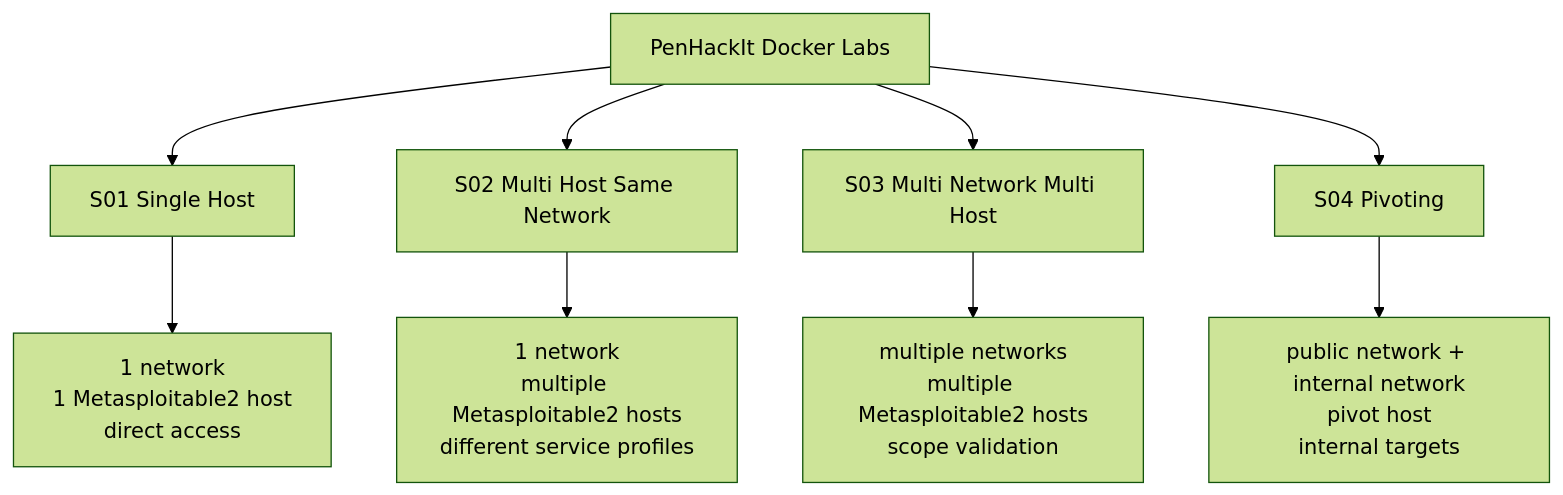
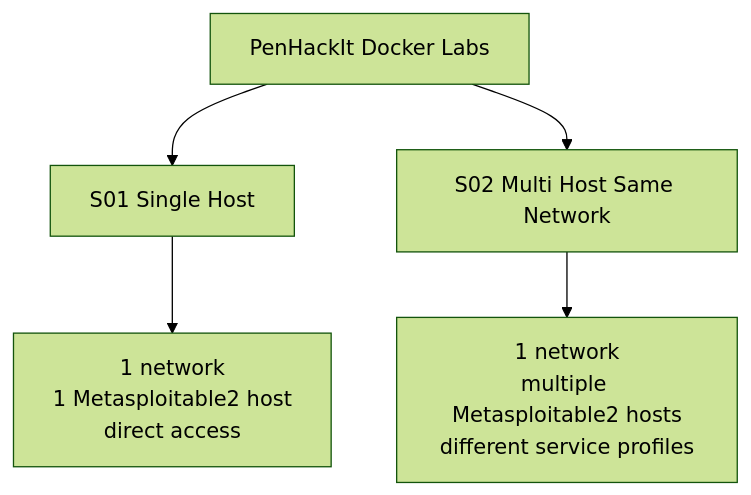
One commit to mafortess/penhackit changed the diagram in docs/diagrams/deploy_lab.mmd. Above: the diagram before and after it, drawn with Mermaid (forest theme). The commit also changed 201 other files, not shown here.

```diff
--- a/docs/diagrams/deploy_lab.mmd
+++ b/docs/diagrams/deploy_lab.mmd
@@ -1,15 +1,15 @@
 flowchart TB
     Labs[PenHackIt Docker Labs]
 
     Labs --> S01[S01 Single Host]
     Labs --> S02[S02 Multi Host Same Network]
-    Labs --> S03[S03 Multi Network Multi Host]
-    Labs --> S04[S04 Pivoting]
+    %% Labs --> S03[S03 Multi Network Multi Host]
+    %% Labs --> S04[S04 Pivoting]
 
     S01 --> S01Desc[1 network<br/>1 Metasploitable2 host<br/>direct access]
 
     S02 --> S02Desc[1 network<br/>multiple Metasploitable2 hosts<br/>different service profiles]
 
-    S03 --> S03Desc[multiple networks<br/>multiple Metasploitable2 hosts<br/>scope validation]
+    %% S03 --> S03Desc[multiple networks<br/>multiple Metasploitable2 hosts<br/>scope validation]
 
-    S04 --> S04Desc[public network + internal network<br/>pivot host<br/>internal targets]
+    %% S04 --> S04Desc[public network + internal network<br/>pivot host<br/>internal targets]
```
